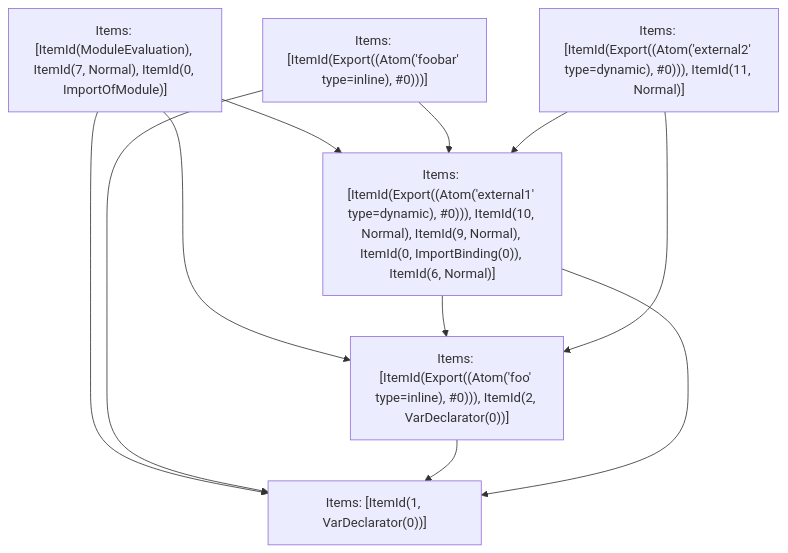
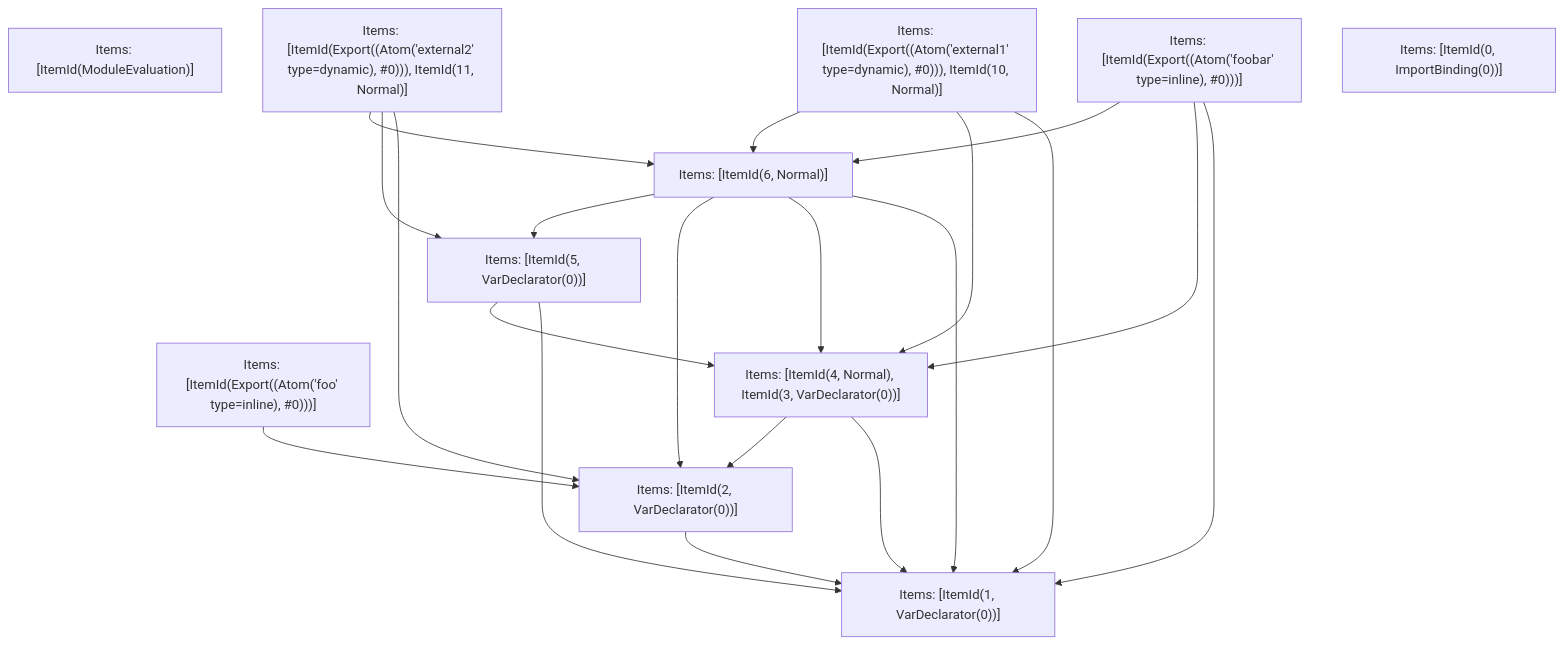
One commit to vercel/turborepo changed the fifth of 5 diagrams in crates/turbopack-ecmascript/tests/tree-shaker/analyzer/1/output.md. Above: the diagram before and after it, drawn with Mermaid. The commit also changed other lines of this file and 3 other files, not shown here.

````diff
--- a/crates/turbopack-ecmascript/tests/tree-shaker/analyzer/1/output.md
+++ b/crates/turbopack-ecmascript/tests/tree-shaker/analyzer/1/output.md
@@ -341,19 +341,33 @@
 ```mermaid
 graph TD
-    N0["Items: [ItemId(ModuleEvaluation), ItemId(7, Normal), ItemId(0, ImportOfModule)]"];
+    N0["Items: [ItemId(ModuleEvaluation)]"];
     N1["Items: [ItemId(Export((Atom('foobar' type=inline), #0)))]"];
-    N2["Items: [ItemId(Export((Atom('foo' type=inline), #0))), ItemId(2, VarDeclarator(0))]"];
-    N3["Items: [ItemId(Export((Atom('external1' type=dynamic), #0))), ItemId(10, Normal), ItemId(9, Normal), ItemId(0, ImportBinding(0)), ItemId(6, Normal)]"];
+    N2["Items: [ItemId(Export((Atom('foo' type=inline), #0)))]"];
+    N3["Items: [ItemId(Export((Atom('external1' type=dynamic), #0))), ItemId(10, Normal)]"];
     N4["Items: [ItemId(Export((Atom('external2' type=dynamic), #0))), ItemId(11, Normal)]"];
-    N5["Items: [ItemId(1, VarDeclarator(0))]"];
-    N0 --> N3;
-    N0 --> N5;
-    N0 --> N2;
-    N1 --> N5;
-    N1 --> N3;
-    N2 --> N5;
-    N3 --> N5;
-    N3 --> N2;
-    N4 --> N2;
-    N4 --> N3;
+    N5["Items: [ItemId(0, ImportBinding(0))]"];
+    N6["Items: [ItemId(1, VarDeclarator(0))]"];
+    N7["Items: [ItemId(2, VarDeclarator(0))]"];
+    N8["Items: [ItemId(4, Normal), ItemId(3, VarDeclarator(0))]"];
+    N9["Items: [ItemId(5, VarDeclarator(0))]"];
+    N10["Items: [ItemId(6, Normal)]"];
+    N1 --> N6;
+    N1 --> N8;
+    N1 --> N10;
+    N2 --> N7;
+    N3 --> N6;
+    N3 --> N8;
+    N3 --> N10;
+    N4 --> N7;
+    N4 --> N9;
+    N4 --> N10;
+    N7 --> N6;
+    N8 --> N6;
+    N8 --> N7;
+    N9 --> N6;
+    N9 --> N8;
+    N10 --> N6;
+    N10 --> N8;
+    N10 --> N7;
+    N10 --> N9;
 ```
````
